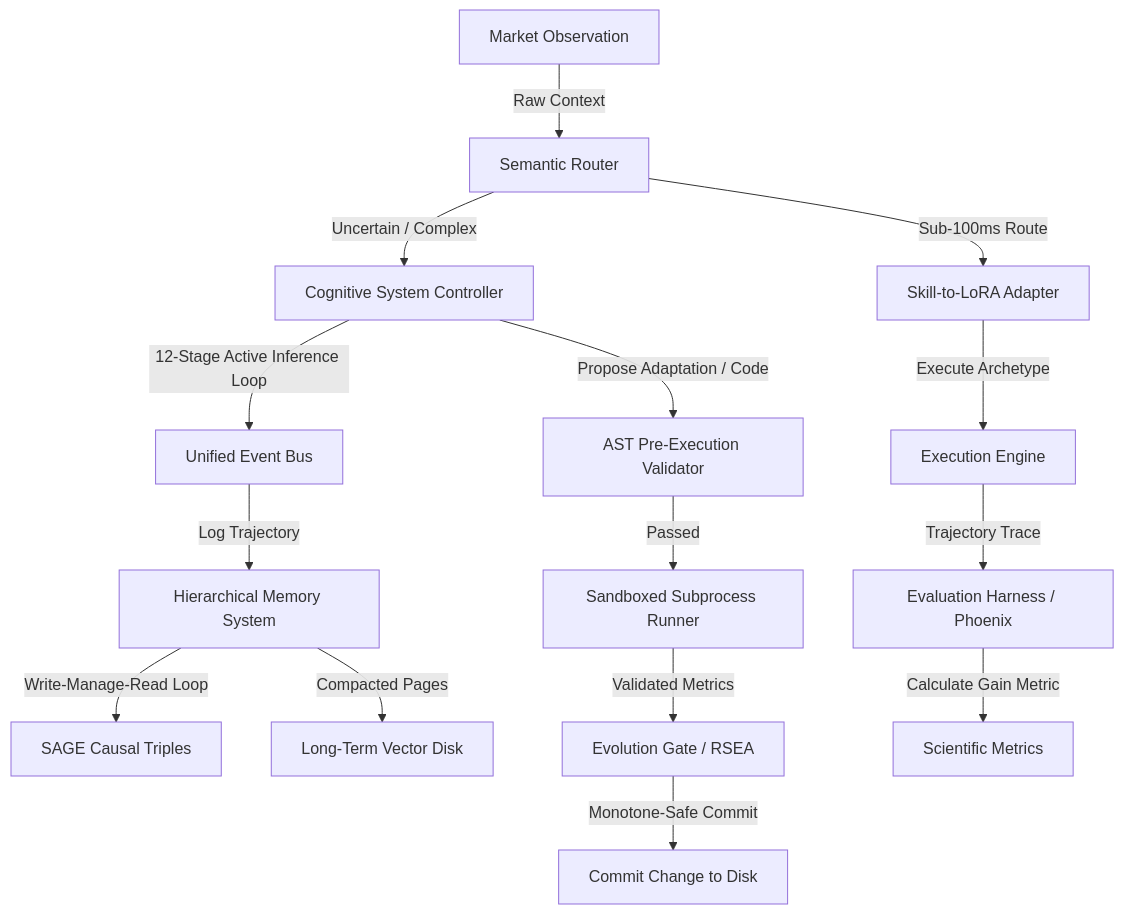
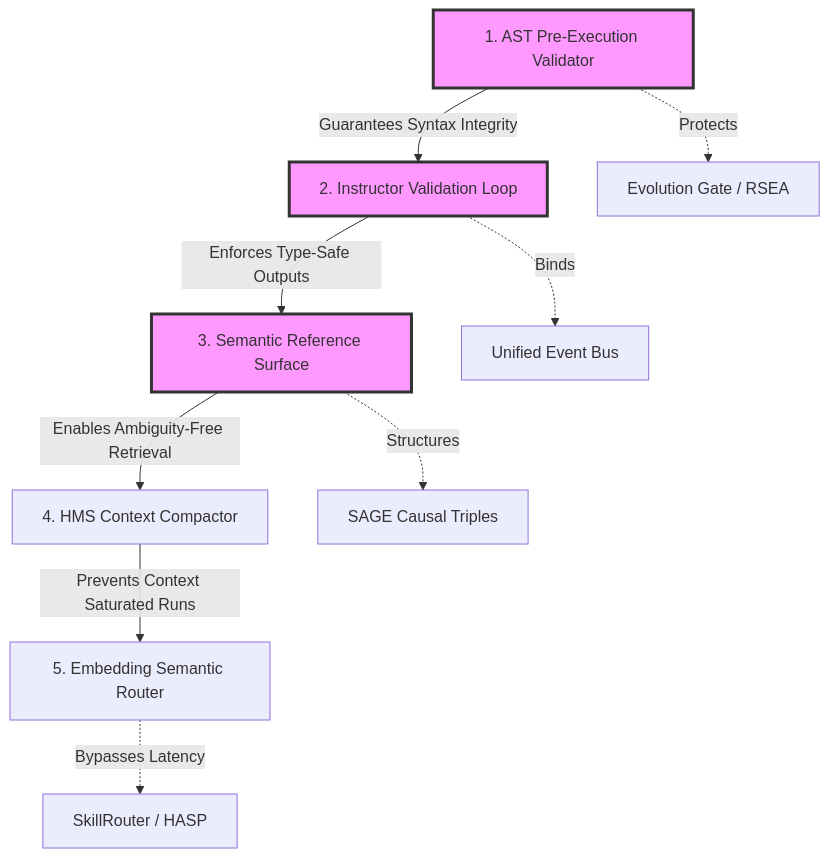
One commit to CodeCrazeCodeCrazeDev/tradingbot changed the diagram in SCIENTIFIC_FOUNDATION_2026/AI_ENGINEER_KNOWLEDGE_BASE.md. Above: the diagram before and after it, drawn with Mermaid. The commit also changed other lines of this file, not shown here.

First line of the commit message:
doc: Upgrade AI Engineering KB to Metric-Driven FMEA Standard

````diff
--- a/SCIENTIFIC_FOUNDATION_2026/AI_ENGINEER_KNOWLEDGE_BASE.md
+++ b/SCIENTIFIC_FOUNDATION_2026/AI_ENGINEER_KNOWLEDGE_BASE.md
@@ -499,28 +554,19 @@
 ```mermaid
 graph TD
-    %% Perception Layer
-    M_OBS[Market Observation] --> |Raw Context| SR[Semantic Router]
+    %% Critical Path Highlighting
+    style AST fill:#f9f,stroke:#333,stroke-width:3px
+    style INST fill:#f9f,stroke:#333,stroke-width:3px
+    style SEM fill:#f9f,stroke:#333,stroke-width:3px
 
-    %% Routing & Allocation Layer
-    SR --> |Sub-100ms Route| S_LoRA[Skill-to-LoRA Adapter]
-    SR --> |Uncertain / Complex| CSC[Cognitive System Controller]
+    %% Components
+    AST[1. AST Pre-Execution Validator] -->|Guarantees Syntax Integrity| INST[2. Instructor Validation Loop]
+    INST -->|Enforces Type-Safe Outputs| SEM[3. Semantic Reference Surface]
+    SEM -->|Enables Ambiguity-Free Retrieval| HMS[4. HMS Context Compactor]
+    HMS -->|Prevents Context Saturated Runs| SR[5. Embedding Semantic Router]
 
-    %% Execution Layer
-    S_LoRA --> |Execute Archetype| EX_ENG[Execution Engine]
-    CSC --> |12-Stage Active Inference Loop| EB_BUS[Unified Event Bus]
-
-    %% Memory Layer
-    EB_BUS --> |Log Trajectory| HMS[Hierarchical Memory System]
-    HMS --> |Write-Manage-Read Loop| SAGE[SAGE Causal Triples]
-    HMS --> |Compacted Pages| L_TERM[Long-Term Vector Disk]
-
-    %% Verification & Safety Gates
-    CSC --> |Propose Adaptation / Code| AST[AST Pre-Execution Validator]
-    AST --> |Passed| SAND[Sandboxed Subprocess Runner]
-    SAND --> |Validated Metrics| EV_GATE[Evolution Gate / RSEA]
-    EV_GATE --> |Monotone-Safe Commit| DISK_WRITE[Commit Change to Disk]
-
-    %% Evaluation & Observability
-    EX_ENG --> |Trajectory Trace| EVAL[Evaluation Harness / Phoenix]
-    EVAL --> |Calculate Gain Metric| S_METRIC[Scientific Metrics]
+    %% Mapping to Subsystems
+    AST -.->|Protects| EG[Evolution Gate / RSEA]
+    INST -.->|Binds| UEB[Unified Event Bus]
+    SEM -.->|Structures| SAGE[SAGE Causal Triples]
+    SR -.->|Bypasses Latency| SKR[SkillRouter / HASP]
 ```
````
